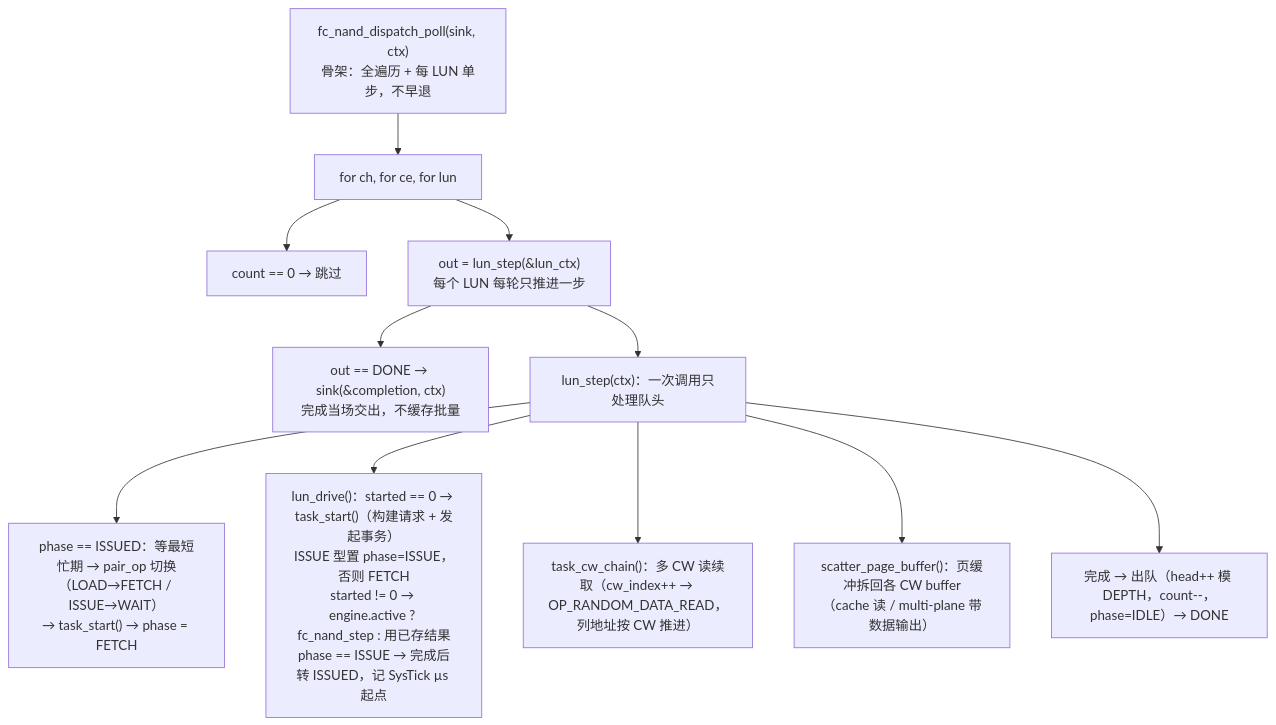
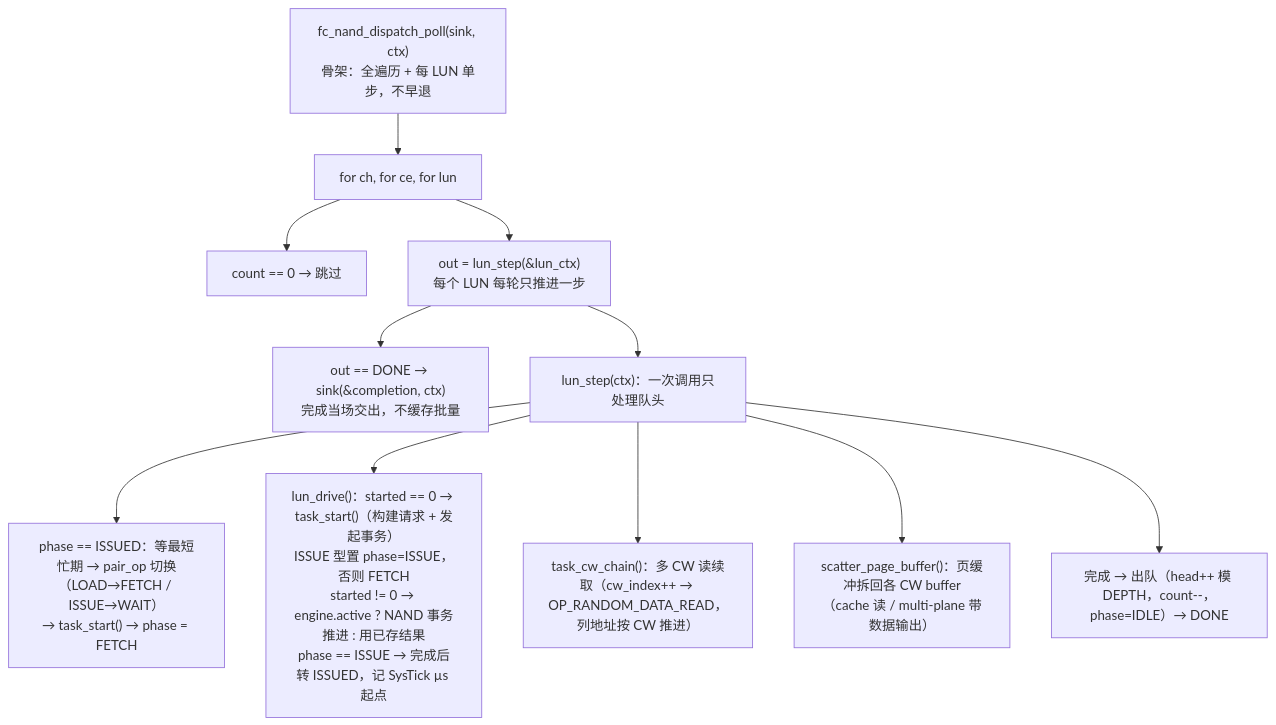
Before and after one commit to YzYMIAO/BASESSD: the fifth of 18 diagrams in docs/design/fc_nand_design.md, drawn with Mermaid. The commit also changed other lines of this file and 49 other files, not shown here.

````diff
--- a/docs/design/fc_nand_design.md
+++ b/docs/design/fc_nand_design.md
@@ -832,14 +760,14 @@
 ```mermaid
 flowchart TB
     P["fc_nand_dispatch_poll(sink, ctx)<br/>骨架：全遍历 + 每 LUN 单步，不早退"]
     P --> L["for ch, for ce, for lun"]
     L --> SK["count == 0 → 跳过"]
     L --> LS["out = lun_step(&amp;lun_ctx)<br/>每个 LUN 每轮只推进一步"]
     LS --> DN["out == DONE → sink(&amp;completion, ctx)<br/>完成当场交出，不缓存批量"]
     LS --> SUB["lun_step(ctx)：一次调用只处理队头"]
     SUB --> PH["phase == ISSUED：等最短忙期 → pair_op 切换（LOAD→FETCH / ISSUE→WAIT）<br/>→ task_start() → phase = FETCH"]
-    SUB --> DR["lun_drive()：started == 0 → task_start()（构建请求 + 发起事务）<br/>ISSUE 型置 phase=ISSUE，否则 FETCH<br/>started != 0 → engine.active ? fc_nand_step : 用已存结果<br/>phase == ISSUE → 完成后转 ISSUED，记 SysTick µs 起点"]
+    SUB --> DR["lun_drive()：started == 0 → task_start()（构建请求 + 发起事务）<br/>ISSUE 型置 phase=ISSUE，否则 FETCH<br/>started != 0 → engine.active ? NAND 事务推进 : 用已存结果<br/>phase == ISSUE → 完成后转 ISSUED，记 SysTick µs 起点"]
     SUB --> CW["task_cw_chain()：多 CW 读续取（cw_index++ → OP_RANDOM_DATA_READ，列地址按 CW 推进）"]
     SUB --> SC["scatter_page_buffer()：页缓冲拆回各 CW buffer（cache 读 / multi-plane 带数据输出）"]
     SUB --> EX["完成 → 出队（head++ 模 DEPTH，count--，phase=IDLE）→ DONE"]
 ```
````
